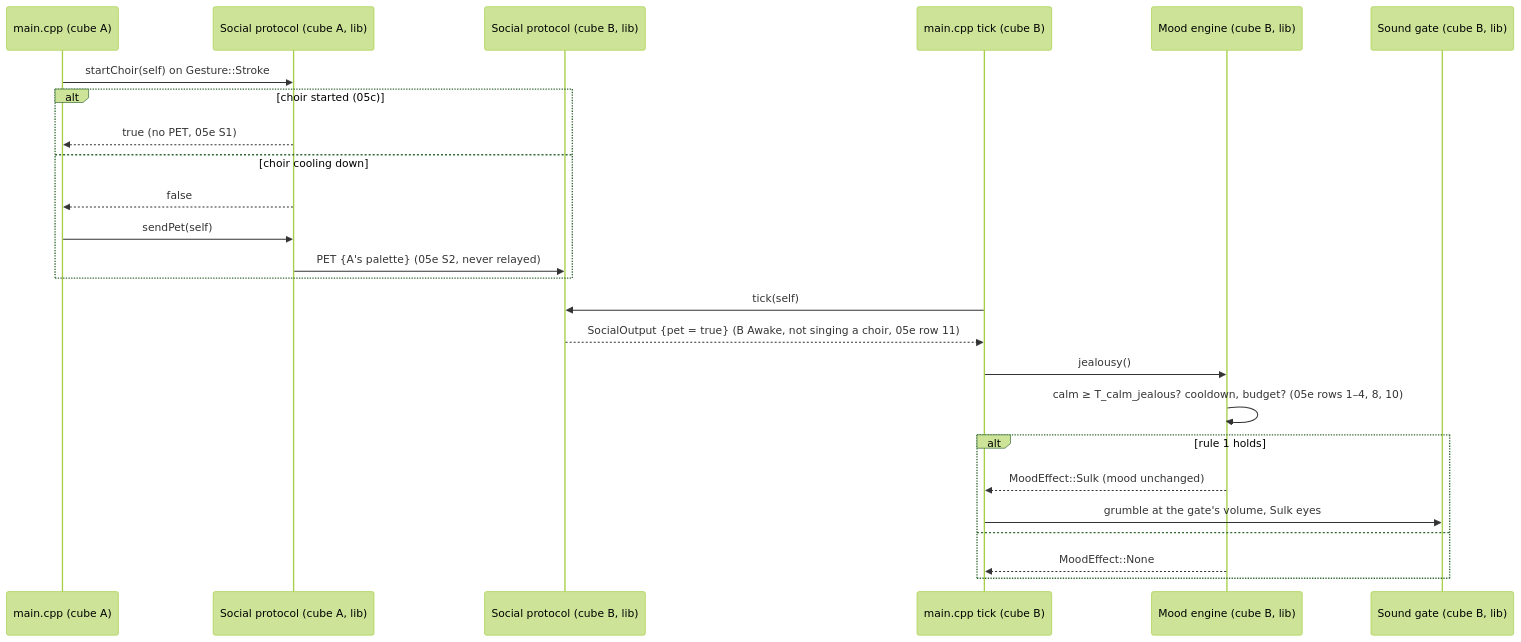
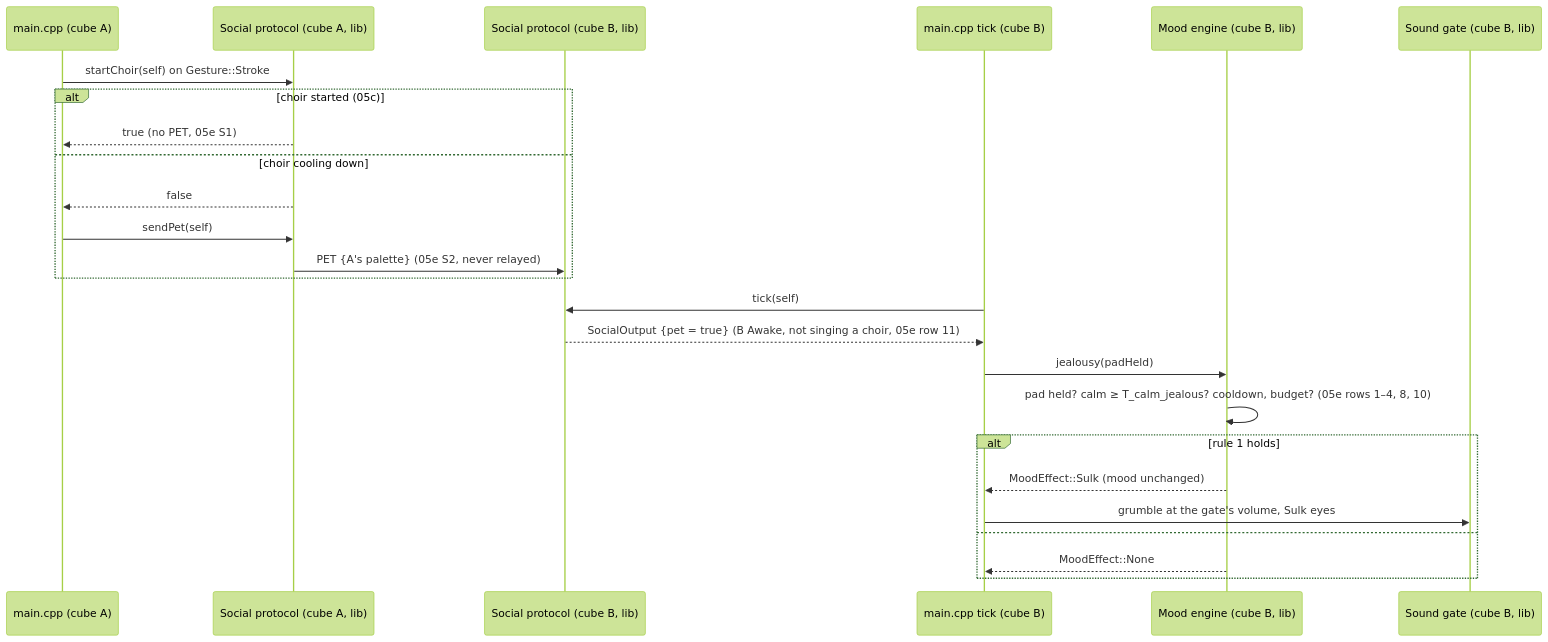
Before and after one commit to benoit-bremaud/cubbies: the diagram in docs/architecture/diagrams/social-group/02e-sequence-jealousy.md, drawn with Mermaid (forest theme). The commit also changed other lines of this file and 5 other files, not shown here.

Commit message:
test(social): red test for 05e row 2b, a held pad blocks the sulk

````diff
--- a/docs/architecture/diagrams/social-group/02e-sequence-jealousy.md
+++ b/docs/architecture/diagrams/social-group/02e-sequence-jealousy.md
@@ -18,28 +18,28 @@
 ```mermaid
 sequenceDiagram
   participant MA as main.cpp (cube A)
   participant SA as Social protocol (cube A, lib)
   participant SB as Social protocol (cube B, lib)
   participant MainB as main.cpp tick (cube B)
   participant MB as Mood engine (cube B, lib)
   participant Gate as Sound gate (cube B, lib)
 
   MA->>SA: startChoir(self) on Gesture::Stroke
   alt choir started (05c)
     SA-->>MA: true (no PET, 05e S1)
   else choir cooling down
     SA-->>MA: false
     MA->>SA: sendPet(self)
     SA->>SB: PET {A's palette} (05e S2, never relayed)
   end
   MainB->>SB: tick(self)
   SB-->>MainB: SocialOutput {pet = true} (B Awake, not singing a choir, 05e row 11)
-  MainB->>MB: jealousy()
-  MB->>MB: calm ≥ T_calm_jealous? cooldown, budget? (05e rows 1–4, 8, 10)
+  MainB->>MB: jealousy(padHeld)
+  MB->>MB: pad held? calm ≥ T_calm_jealous? cooldown, budget? (05e rows 1–4, 8, 10)
   alt rule 1 holds
     MB-->>MainB: MoodEffect::Sulk (mood unchanged)
     MainB->>Gate: grumble at the gate's volume, Sulk eyes
   else
     MB-->>MainB: MoodEffect::None
   end
 ```
````
